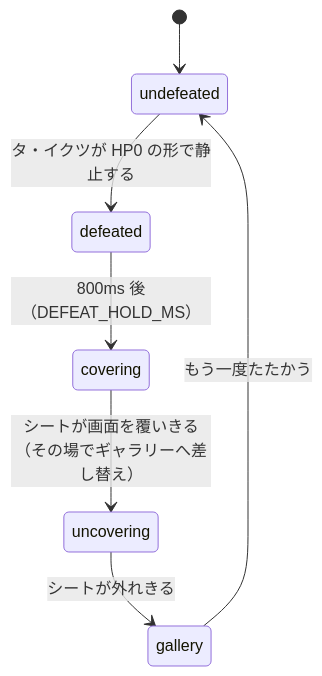
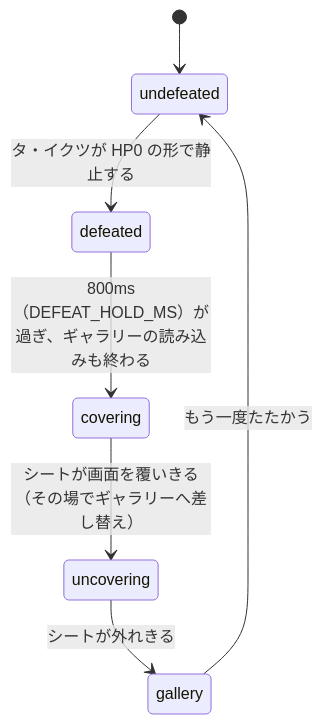
The third of 5 diagrams in docs/architecture.md (baco16g/taikutsu), drawn with Mermaid before and after one commit. The commit also changed other lines of this file and 2 other files, not shown here.

````diff
--- a/docs/architecture.md
+++ b/docs/architecture.md
@@ -160,9 +163,9 @@
 ```mermaid
 stateDiagram-v2
     [*] --> undefeated
     undefeated --> defeated: タ・イクツが HP0 の形で静止する
-    defeated --> covering: 800ms 後（DEFEAT_HOLD_MS）
+    defeated --> covering: 800ms（DEFEAT_HOLD_MS）が過ぎ、ギャラリーの読み込みも終わる
     covering --> uncovering: シートが画面を覆いきる（その場でギャラリーへ差し替え）
     uncovering --> gallery: シートが外れきる
     gallery --> undefeated: もう一度たたかう
 ```
````
